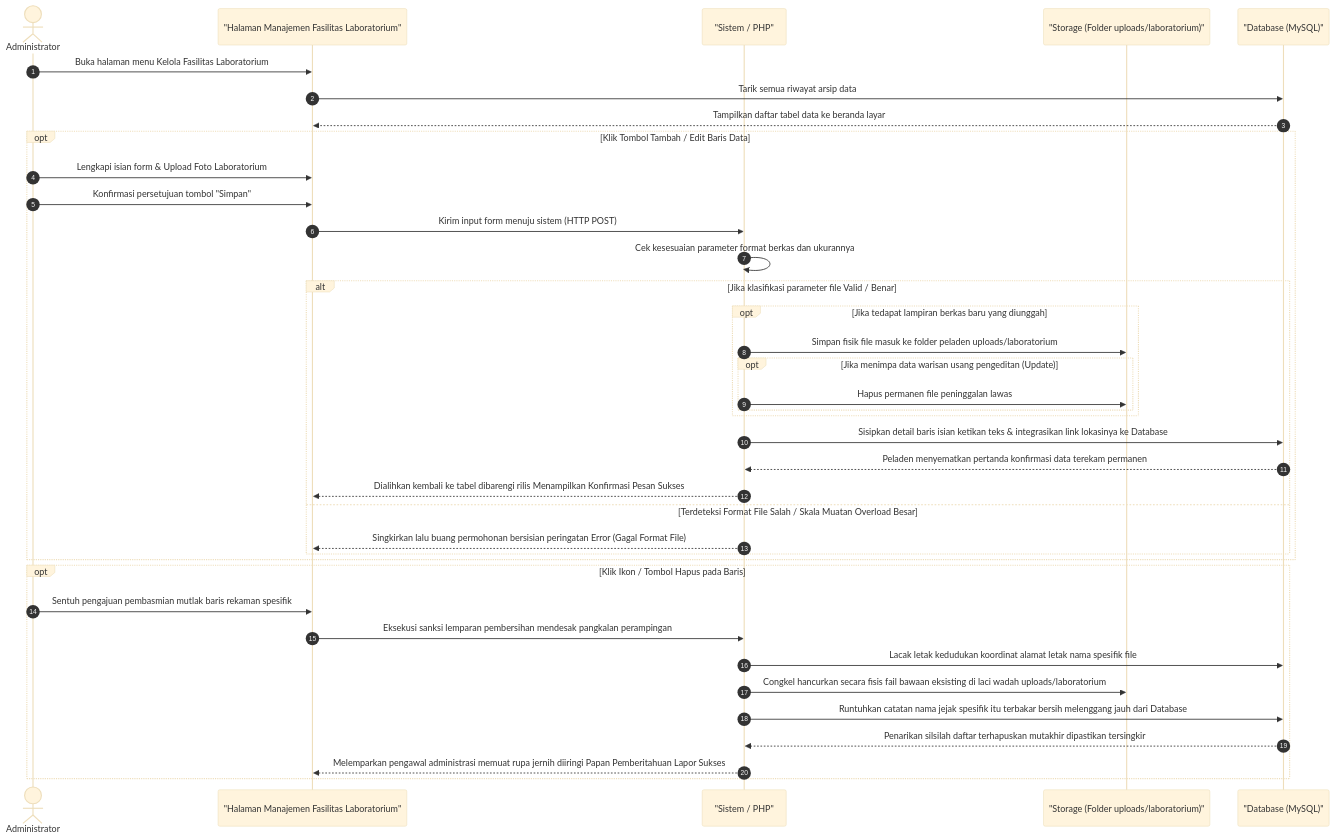
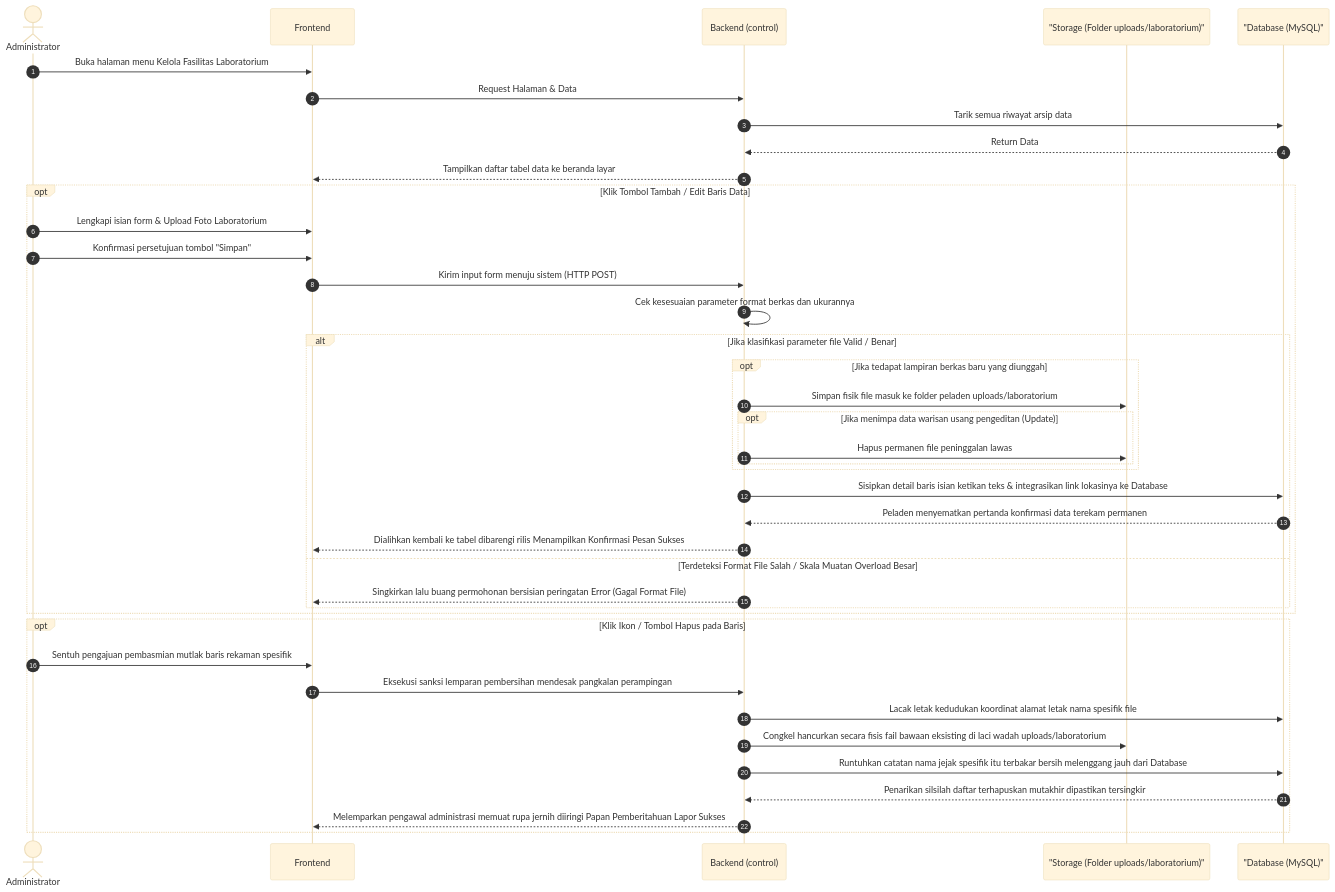
The sixth of 17 diagrams in docs/kumpulan_sequence_backend.md (arbain-dev/Web_fikom), drawn with Mermaid (base theme) before and after one commit. The commit also changed other lines of this file and 1 other file, not shown here.

Commit message:
docs: standardisasi arsitektur 3 tier (Frontend, Backend, DB) pada seluruh sequence diagram backend

````diff
--- a/docs/kumpulan_sequence_backend.md
+++ b/docs/kumpulan_sequence_backend.md
@@ -230,48 +238,50 @@
 ```mermaid
 sequenceDiagram
     autonumber
     actor Admin as Administrator
-    participant View as "Halaman Manajemen Fasilitas Laboratorium"
-    participant System as "Sistem / PHP"
+    participant Frontend
+    participant Backend as Backend (control)
     participant Server as "Storage (Folder uploads/laboratorium)"
     participant DB as "Database (MySQL)"
 
-    Admin->>View: Buka halaman menu Kelola Fasilitas Laboratorium
-    View->>DB: Tarik semua riwayat arsip data
-    DB-->>View: Tampilkan daftar tabel data ke beranda layar
+    Admin->>Frontend: Buka halaman menu Kelola Fasilitas Laboratorium
+    Frontend->>Backend: Request Halaman & Data
+    Backend->>DB: Tarik semua riwayat arsip data
+    DB-->>Backend: Return Data
+    Backend-->>Frontend: Tampilkan daftar tabel data ke beranda layar
 
     %% Proses Tambah / Edit
     opt Klik Tombol Tambah / Edit Baris Data
-        Admin->>View: Lengkapi isian form & Upload Foto Laboratorium
-        Admin->>View: Konfirmasi persetujuan tombol "Simpan"
-        View->>System: Kirim input form menuju sistem (HTTP POST)
+        Admin->>Frontend: Lengkapi isian form & Upload Foto Laboratorium
+        Admin->>Frontend: Konfirmasi persetujuan tombol "Simpan"
+        Frontend->>Backend: Kirim input form menuju sistem (HTTP POST)
 
-        System->>System: Cek kesesuaian parameter format berkas dan ukurannya
+        Backend->>Backend: Cek kesesuaian parameter format berkas dan ukurannya
         
         alt Jika klasifikasi parameter file Valid / Benar
             opt Jika tedapat lampiran berkas baru yang diunggah
-                System->>Server: Simpan fisik file masuk ke folder peladen uploads/laboratorium
+                Backend->>Server: Simpan fisik file masuk ke folder peladen uploads/laboratorium
                 opt Jika menimpa data warisan usang pengeditan (Update)
-                    System->>Server: Hapus permanen file peninggalan lawas
+                    Backend->>Server: Hapus permanen file peninggalan lawas
                 end
             end
             
-            System->>DB: Sisipkan detail baris isian ketikan teks & integrasikan link lokasinya ke Database
-            DB-->>System: Peladen menyematkan pertanda konfirmasi data terekam permanen
-            System-->>View: Dialihkan kembali ke tabel dibarengi rilis Menampilkan Konfirmasi Pesan Sukses
+            Backend->>DB: Sisipkan detail baris isian ketikan teks & integrasikan link lokasinya ke Database
+            DB-->>Backend: Peladen menyematkan pertanda konfirmasi data terekam permanen
+            Backend-->>Frontend: Dialihkan kembali ke tabel dibarengi rilis Menampilkan Konfirmasi Pesan Sukses
         else Terdeteksi Format File Salah / Skala Muatan Overload Besar
-            System-->>View: Singkirkan lalu buang permohonan bersisian peringatan Error (Gagal Format File)
+            Backend-->>Frontend: Singkirkan lalu buang permohonan bersisian peringatan Error (Gagal Format File)
         end
     end
 
     %% Proses Hapus
     opt Klik Ikon / Tombol Hapus pada Baris
-        Admin->>View: Sentuh pengajuan pembasmian mutlak baris rekaman spesifik
-        View->>System: Eksekusi sanksi lemparan pembersihan mendesak pangkalan perampingan
-        System->>DB: Lacak letak kedudukan koordinat alamat letak nama spesifik file 
-        System->>Server: Congkel hancurkan secara fisis fail bawaan eksisting di laci wadah uploads/laboratorium
-        System->>DB: Runtuhkan catatan nama jejak spesifik itu terbakar bersih melenggang jauh dari Database
-        DB-->>System: Penarikan silsilah daftar terhapuskan mutakhir dipastikan tersingkir
-        System-->>View: Melemparkan pengawal administrasi memuat rupa jernih diiringi Papan Pemberitahuan Lapor Sukses 
+        Admin->>Frontend: Sentuh pengajuan pembasmian mutlak baris rekaman spesifik
+        Frontend->>Backend: Eksekusi sanksi lemparan pembersihan mendesak pangkalan perampingan
+        Backend->>DB: Lacak letak kedudukan koordinat alamat letak nama spesifik file 
+        Backend->>Server: Congkel hancurkan secara fisis fail bawaan eksisting di laci wadah uploads/laboratorium
+        Backend->>DB: Runtuhkan catatan nama jejak spesifik itu terbakar bersih melenggang jauh dari Database
+        DB-->>Backend: Penarikan silsilah daftar terhapuskan mutakhir dipastikan tersingkir
+        Backend-->>Frontend: Melemparkan pengawal administrasi memuat rupa jernih diiringi Papan Pemberitahuan Lapor Sukses 
     end
 ```
````
